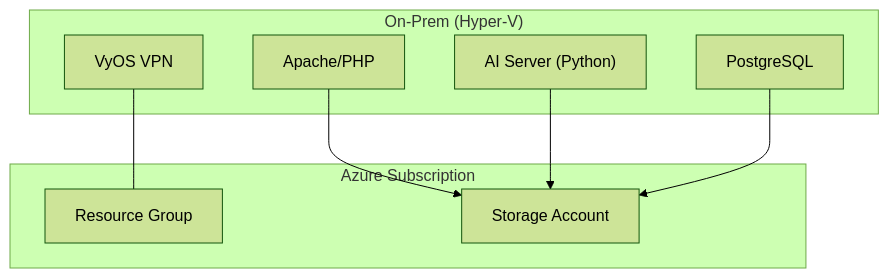
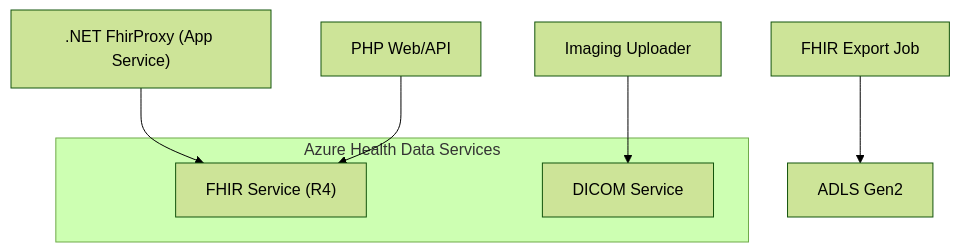
The diagram in Azure_Storage/assets/diagrams/module20_flow.mmd (heisthesisko/azure-se-bootcamp), drawn with Mermaid (forest theme) before and after one commit. The commit also changed 213 other files, not shown here.

```diff
--- a/Azure_Storage/assets/diagrams/module20_flow.mmd
+++ b/Azure_Storage/assets/diagrams/module20_flow.mmd
@@ -1,15 +1,9 @@
 flowchart TB
-  subgraph Azure ["Azure Subscription"]
-    RG["Resource Group"]
-    SA["Storage Account"]
+  subgraph AHDS["Azure Health Data Services"]
+    FHIR["FHIR Service (R4)"]
+    DICOM["DICOM Service"]
   end
-  subgraph OnPrem ["On-Prem (Hyper-V)"]
-    VyOS["VyOS VPN"]
-    Web["Apache/PHP"]
-    DB["PostgreSQL"]
-    AI["AI Server (Python)"]
-  end
-  VyOS --- RG
-  Web --> SA
-  AI --> SA
-  DB --> SA
+  App[".NET FhirProxy (App Service)"] --> FHIR
+  PHP["PHP Web/API"] --> FHIR
+  PACS["Imaging Uploader"] --> DICOM
+  Export["FHIR Export Job"] --> ADLS["ADLS Gen2"]
```
